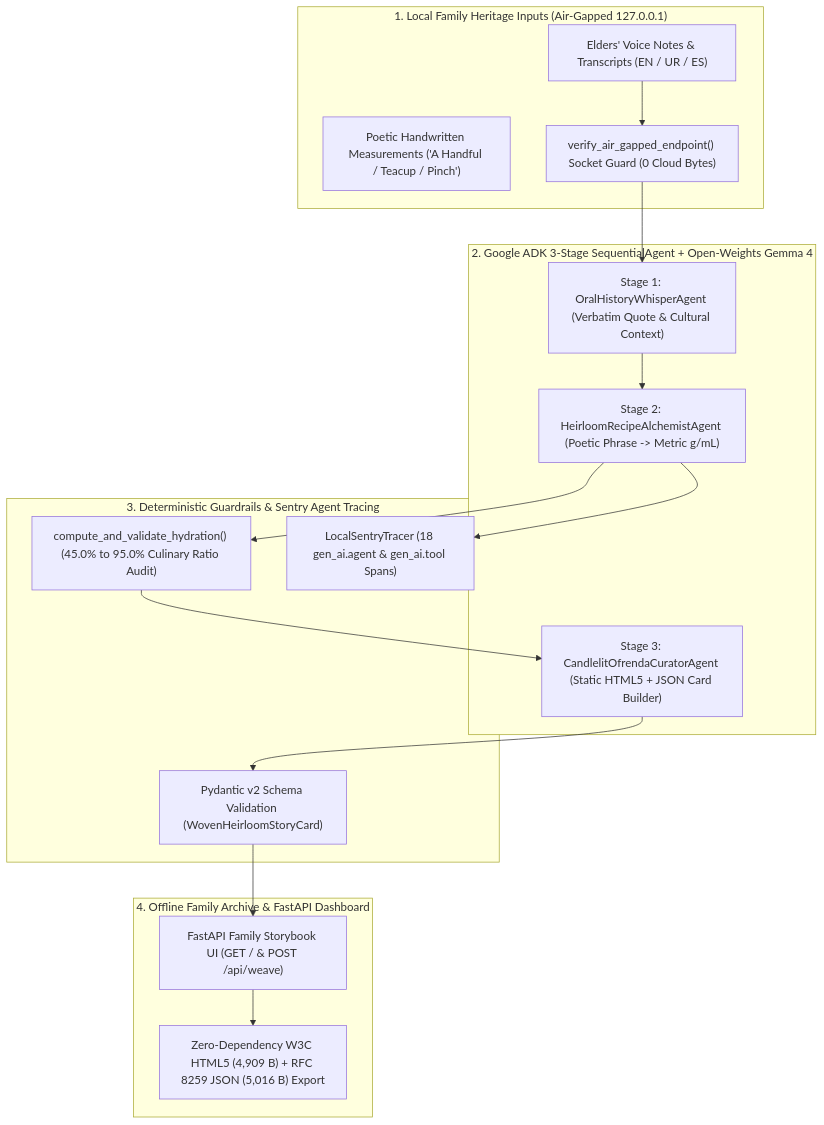
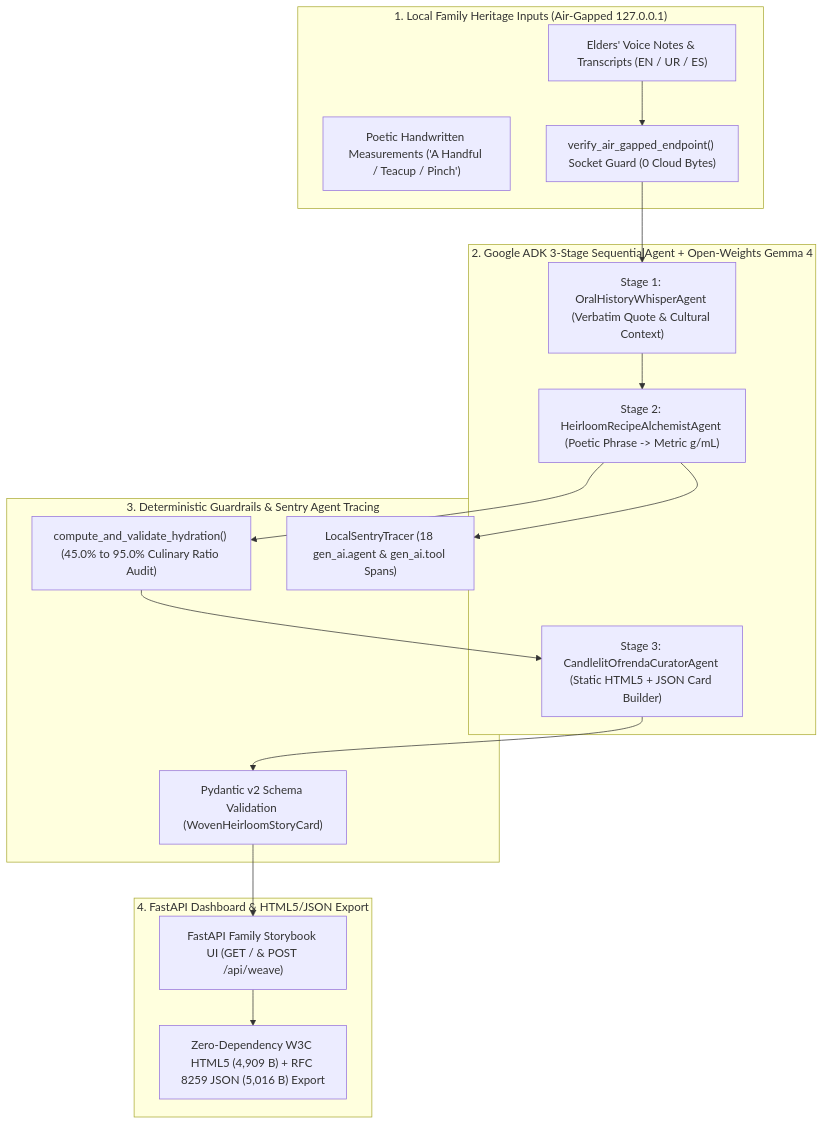
One commit to RobinaMirbahar/memoriaviva-gemma-ofrenda changed the diagram in README.md. Above: the diagram before and after it, drawn with Mermaid. The commit also changed other lines of this file and 4 other files, not shown here.

Commit message:
Remove unverified Family Vault image (arch_google_ghost_style.jpg); keep only verified technical architecture diagram

````diff
--- a/README.md
+++ b/README.md
@@ -58,29 +56,29 @@
 ```mermaid
 flowchart TD
     subgraph Input ["1. Local Family Heritage Inputs (Air-Gapped 127.0.0.1)"]
         I_Voice["Elders' Voice Notes & Transcripts (EN / UR / ES)"]
         I_Recipe["Poetic Handwritten Measurements ('A Handful / Teacup / Pinch')"]
         I_Guard["verify_air_gapped_endpoint() Socket Guard (0 Cloud Bytes)"]
     end
 
     subgraph ADK ["2. Google ADK 3-Stage SequentialAgent + Open-Weights Gemma 4"]
         A_Stage1["Stage 1: OralHistoryWhisperAgent (Verbatim Quote & Cultural Context)"]
         A_Stage2["Stage 2: HeirloomRecipeAlchemistAgent (Poetic Phrase -> Metric g/mL)"]
         A_Stage3["Stage 3: CandlelitOfrendaCuratorAgent (Static HTML5 + JSON Card Builder)"]
     end
 
     subgraph Audit ["3. Deterministic Guardrails & Sentry Agent Tracing"]
         G_Hydration["compute_and_validate_hydration() (45.0% to 95.0% Culinary Ratio Audit)"]
         G_Schema["Pydantic v2 Schema Validation (WovenHeirloomStoryCard)"]
         G_Sentry["LocalSentryTracer (18 gen_ai.agent & gen_ai.tool Spans)"]
     end
 
-    subgraph Vault ["4. Offline Family Archive & FastAPI Dashboard"]
+    subgraph Export ["4. FastAPI Dashboard & HTML5/JSON Export"]
         V_UI["FastAPI Family Storybook UI (GET / & POST /api/weave)"]
         V_HTML["Zero-Dependency W3C HTML5 (4,909 B) + RFC 8259 JSON (5,016 B) Export"]
     end
 
     I_Voice --> I_Guard --> A_Stage1 --> A_Stage2 --> G_Hydration --> A_Stage3 --> G_Schema --> V_UI
     A_Stage2 --> G_Sentry
     V_UI --> V_HTML
 ```
````
